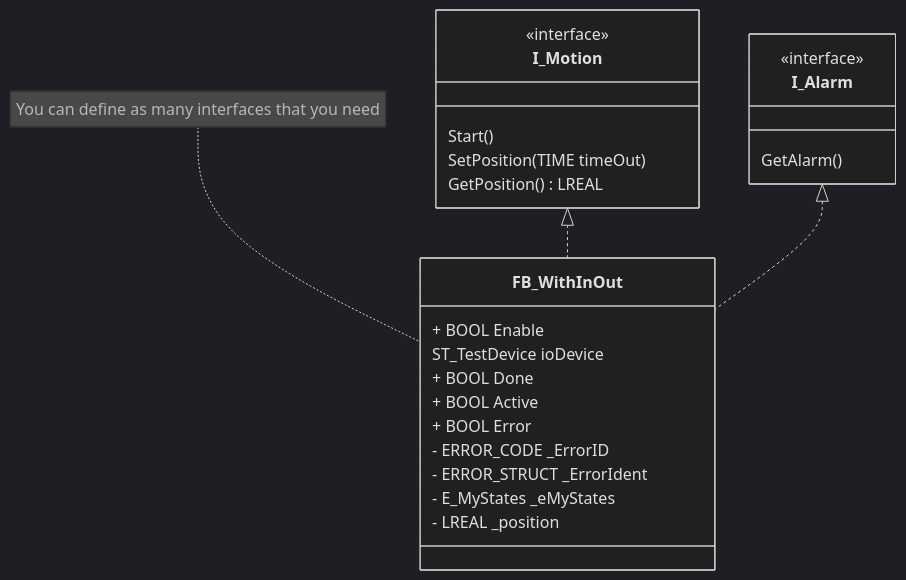
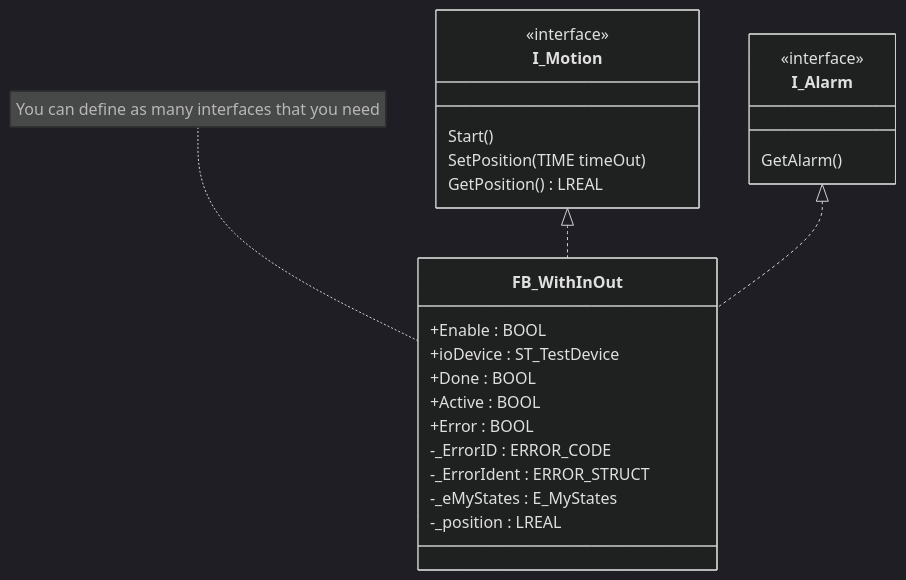
One commit to hei-synd-aaut/aaut-docs changed the ninth of 11 diagrams in AAut_MOD_02_IEC_61131_OOP_InPractice/UML_With_Mermaid_For_61131.md. Above: the diagram before and after it, drawn with Mermaid (dark theme). The commit also changed other lines of this file and 12 other files, not shown here.

````diff
--- a/AAut_MOD_02_IEC_61131_OOP_InPractice/UML_With_Mermaid_For_61131.md
+++ b/AAut_MOD_02_IEC_61131_OOP_InPractice/UML_With_Mermaid_For_61131.md
@@ -237,32 +249,32 @@
 ```mermaid
 classDiagram
 
   class I_Alarm
   <<interface>> I_Alarm
 
 I_Alarm : GetAlarm()  
 
   class I_Motion
   <<interface>> I_Motion
 
 I_Motion : Start()
 I_Motion : SetPosition(TIME timeOut)
 I_Motion : GetPosition() LREAL
 
   class FB_WithInOut {
-    + BOOL Enable
-    ST_TestDevice ioDevice
-    + BOOL Done
-    + BOOL Active
-    + BOOL Error
-    - ERROR_CODE _ErrorID
-    - ERROR_STRUCT _ErrorIdent
-    - E_MyStates _eMyStates
-    - LREAL _position
+    +Enable : BOOL 
+    +ioDevice : ST_TestDevice 
+    +Done : BOOL 
+    +Active : BOOL 
+    +Error : BOOL 
+    -_ErrorID : ERROR_CODE 
+    -_ErrorIdent : ERROR_STRUCT 
+    -_eMyStates : E_MyStates 
+    -_position : LREAL 
   }
 note for FB_WithInOut "You can define as many interfaces that you need"
 
 I_Motion <|.. FB_WithInOut
 I_Alarm <|.. FB_WithInOut
 
 ```
````
